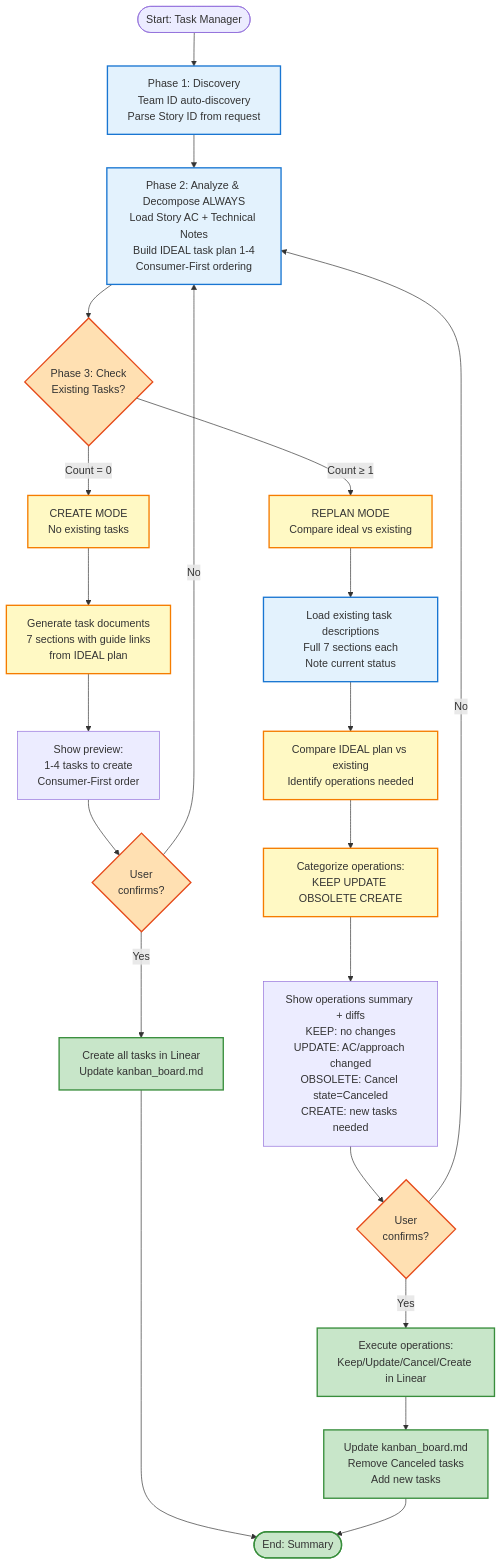
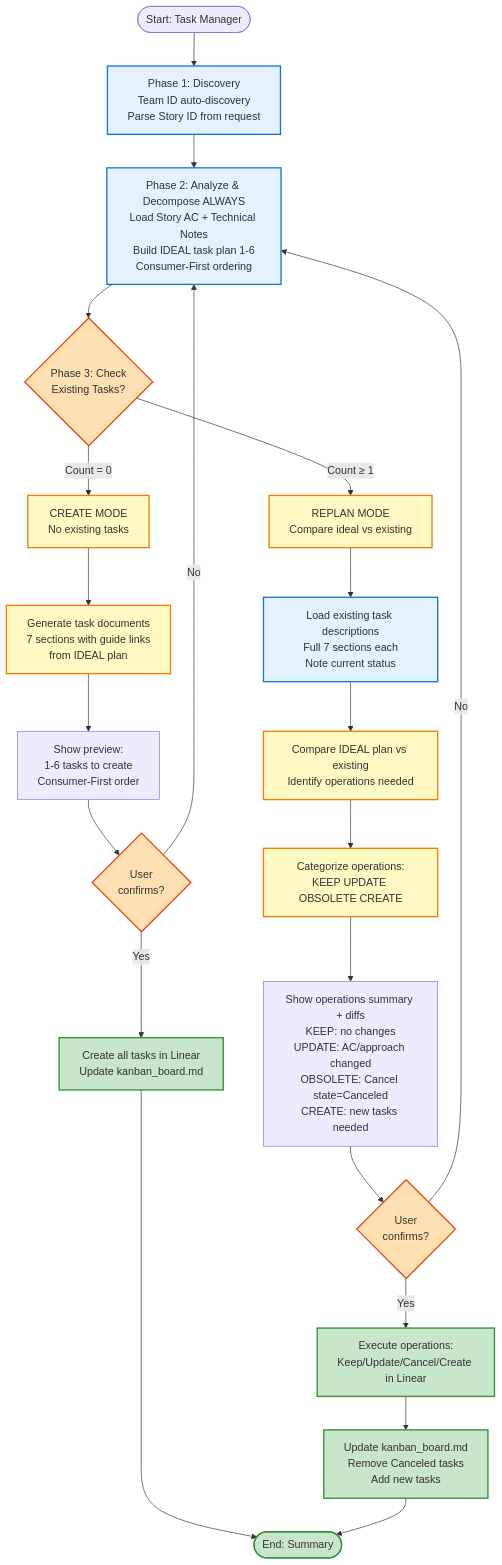
One commit to levnikolaevich/claude-code-skills changed the diagram in x-task-manager/diagram.mmd. Above: the diagram before and after it, drawn with Mermaid. The commit also changed 24 other files, not shown here.

```diff
--- a/x-task-manager/diagram.mmd
+++ b/x-task-manager/diagram.mmd
@@ -1,41 +1,41 @@
 %% x-task-manager: Task Manager
 %% Universal task operations (create/update/replan) with automatic decomposition
 %% Decompose-First Pattern: Build IDEAL plan → Check existing → Create or Replan
 
 graph TD
     Start([Start: Task Manager]) --> Phase1[Phase 1: Discovery<br/>Team ID auto-discovery<br/>Parse Story ID from request]
 
-    Phase1 --> Phase2[Phase 2: Analyze & Decompose ALWAYS<br/>Load Story AC + Technical Notes<br/>Build IDEAL task plan 1-4<br/>Consumer-First ordering]
+    Phase1 --> Phase2[Phase 2: Analyze & Decompose ALWAYS<br/>Load Story AC + Technical Notes<br/>Build IDEAL task plan 1-6<br/>Consumer-First ordering]
 
     Phase2 --> Phase3{Phase 3: Check<br/>Existing Tasks?}
 
     Phase3 -->|Count = 0| CreateMode[CREATE MODE<br/>No existing tasks]
     Phase3 -->|Count ≥ 1| ReplanMode[REPLAN MODE<br/>Compare ideal vs existing]
 
     CreateMode --> Generate[Generate task documents<br/>7 sections with guide links<br/>from IDEAL plan]
-    Generate --> ShowCreate[Show preview:<br/>1-4 tasks to create<br/>Consumer-First order]
+    Generate --> ShowCreate[Show preview:<br/>1-6 tasks to create<br/>Consumer-First order]
     ShowCreate --> ConfirmCreate{User<br/>confirms?}
     ConfirmCreate -->|No| Phase2
     ConfirmCreate -->|Yes| ExecuteCreate[Create all tasks in Linear<br/>Update kanban_board.md]
     ExecuteCreate --> End([End: Summary])
 
     ReplanMode --> LoadExisting[Load existing task descriptions<br/>Full 7 sections each<br/>Note current status]
     LoadExisting --> Compare[Compare IDEAL plan vs existing<br/>Identify operations needed]
     Compare --> Categorize[Categorize operations:<br/>KEEP UPDATE OBSOLETE CREATE]
     Categorize --> ShowReplan[Show operations summary + diffs<br/>KEEP: no changes<br/>UPDATE: AC/approach changed<br/>OBSOLETE: Cancel state=Canceled<br/>CREATE: new tasks needed]
     ShowReplan --> ConfirmReplan{User<br/>confirms?}
     ConfirmReplan -->|No| Phase2
     ConfirmReplan -->|Yes| ExecuteReplan[Execute operations:<br/>Keep/Update/Cancel/Create in Linear]
     ExecuteReplan --> UpdateKanban[Update kanban_board.md<br/>Remove Canceled tasks<br/>Add new tasks]
     UpdateKanban --> End
 
     %% Styling
     classDef discovery fill:#E3F2FD,stroke:#1976D2,stroke-width:2px
     classDef processing fill:#FFF9C4,stroke:#F57C00,stroke-width:2px
     classDef decision fill:#FFE0B2,stroke:#E64A19,stroke-width:2px
     classDef action fill:#C8E6C9,stroke:#388E3C,stroke-width:2px
 
     class Phase1,Phase2,LoadExisting discovery
     class CreateMode,ReplanMode,Generate,Compare,Categorize processing
     class Phase3,ConfirmCreate,ConfirmReplan decision
     class ExecuteCreate,ExecuteReplan,UpdateKanban,End action
```
